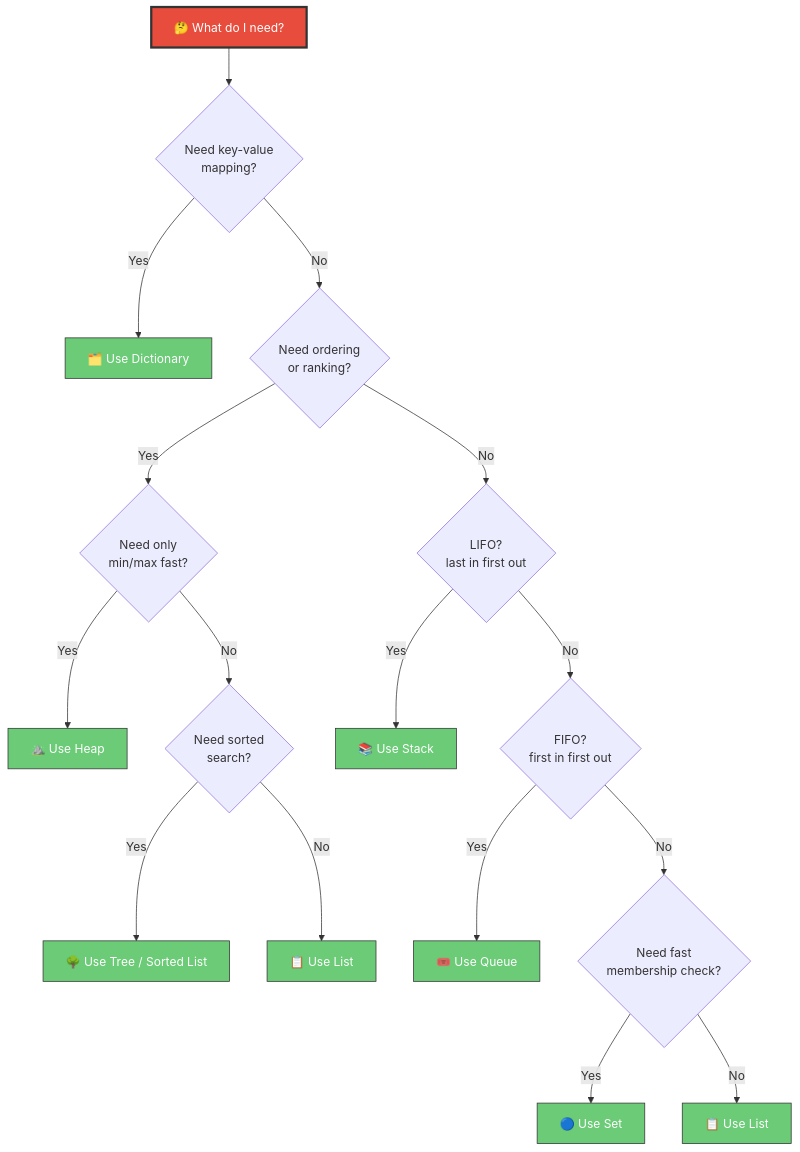
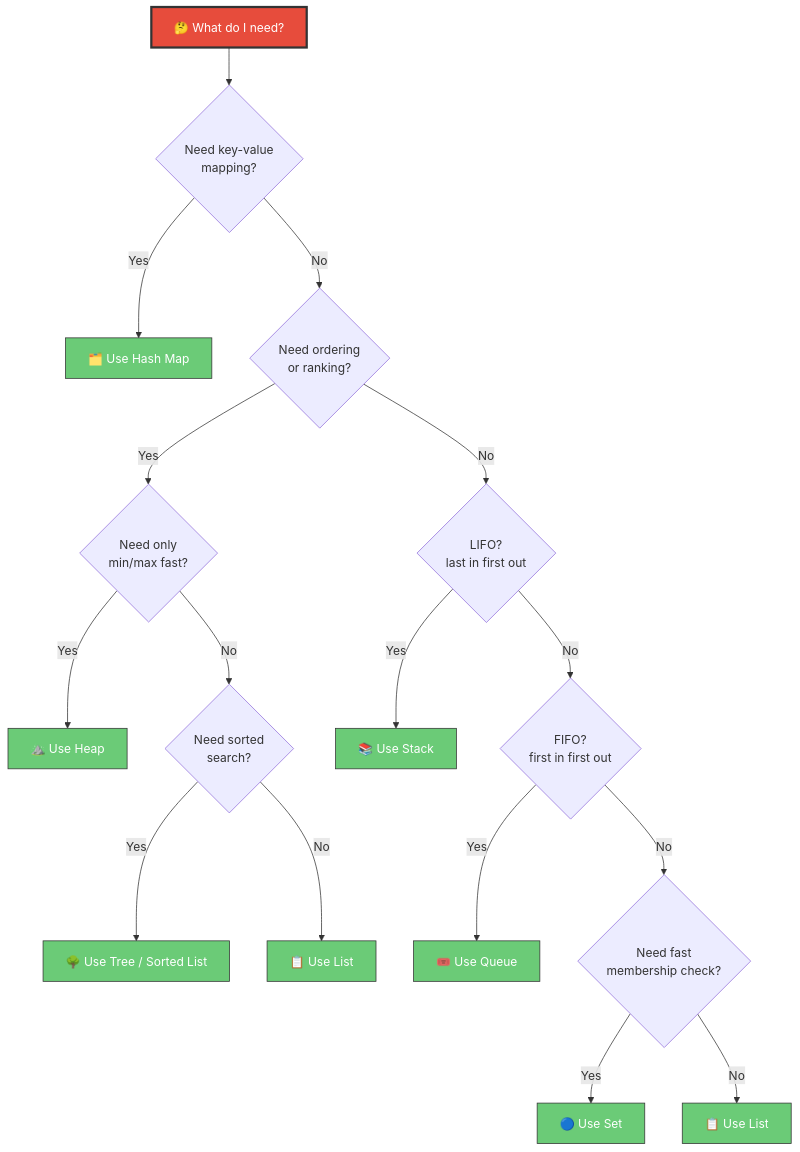
One commit to Ambuj21/Study changed the ninth of 9 diagrams in 01-Foundations/1.1-Data-Structures/README.md. Above: the diagram before and after it, drawn with Mermaid. The commit also changed other lines of this file and 6 other files, not shown here.

````diff
--- a/01-Foundations/1.1-Data-Structures/README.md
+++ b/01-Foundations/1.1-Data-Structures/README.md
@@ -428,30 +481,30 @@
 ```mermaid
 graph TD
     START["🤔 What do I need?"] --> Q1{"Need key-value<br/>mapping?"}
-    Q1 -->|Yes| DICT["🗂️ Use Dictionary"]
+    Q1 -->|Yes| DICT["🗂️ Use Hash Map"]
     Q1 -->|No| Q2{"Need ordering<br/>or ranking?"}
 
     Q2 -->|Yes| Q3{"Need only<br/>min/max fast?"}
     Q3 -->|Yes| HEAP["⛰️ Use Heap"]
     Q3 -->|No| Q4{"Need sorted<br/>search?"}
     Q4 -->|Yes| TREE["🌳 Use Tree / Sorted List"]
     Q4 -->|No| LIST["📋 Use List"]
 
     Q2 -->|No| Q5{"LIFO?<br/>last in first out"}
     Q5 -->|Yes| STACK["📚 Use Stack"]
     Q5 -->|No| Q6{"FIFO?<br/>first in first out"}
     Q6 -->|Yes| QUEUE["🎟️ Use Queue"]
     Q6 -->|No| Q7{"Need fast<br/>membership check?"}
     Q7 -->|Yes| SET["🔵 Use Set"]
     Q7 -->|No| LIST2["📋 Use List"]
 
     style START fill:#e74c3c,stroke:#333,color:#fff,stroke-width:3px
     style DICT fill:#6bcb77,stroke:#333,color:#fff
     style HEAP fill:#6bcb77,stroke:#333,color:#fff
     style TREE fill:#6bcb77,stroke:#333,color:#fff
     style LIST fill:#6bcb77,stroke:#333,color:#fff
     style STACK fill:#6bcb77,stroke:#333,color:#fff
     style QUEUE fill:#6bcb77,stroke:#333,color:#fff
     style SET fill:#6bcb77,stroke:#333,color:#fff
     style LIST2 fill:#6bcb77,stroke:#333,color:#fff
 ```
````
